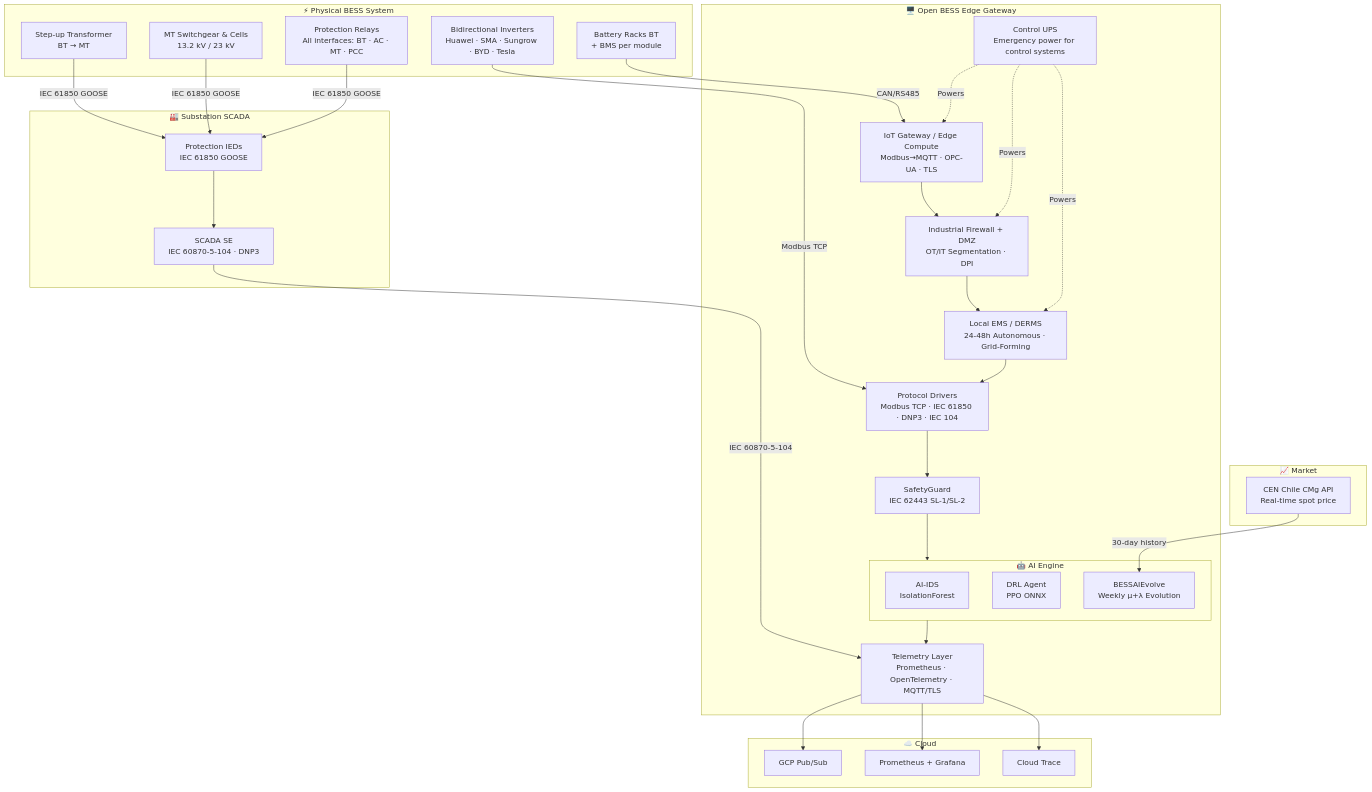
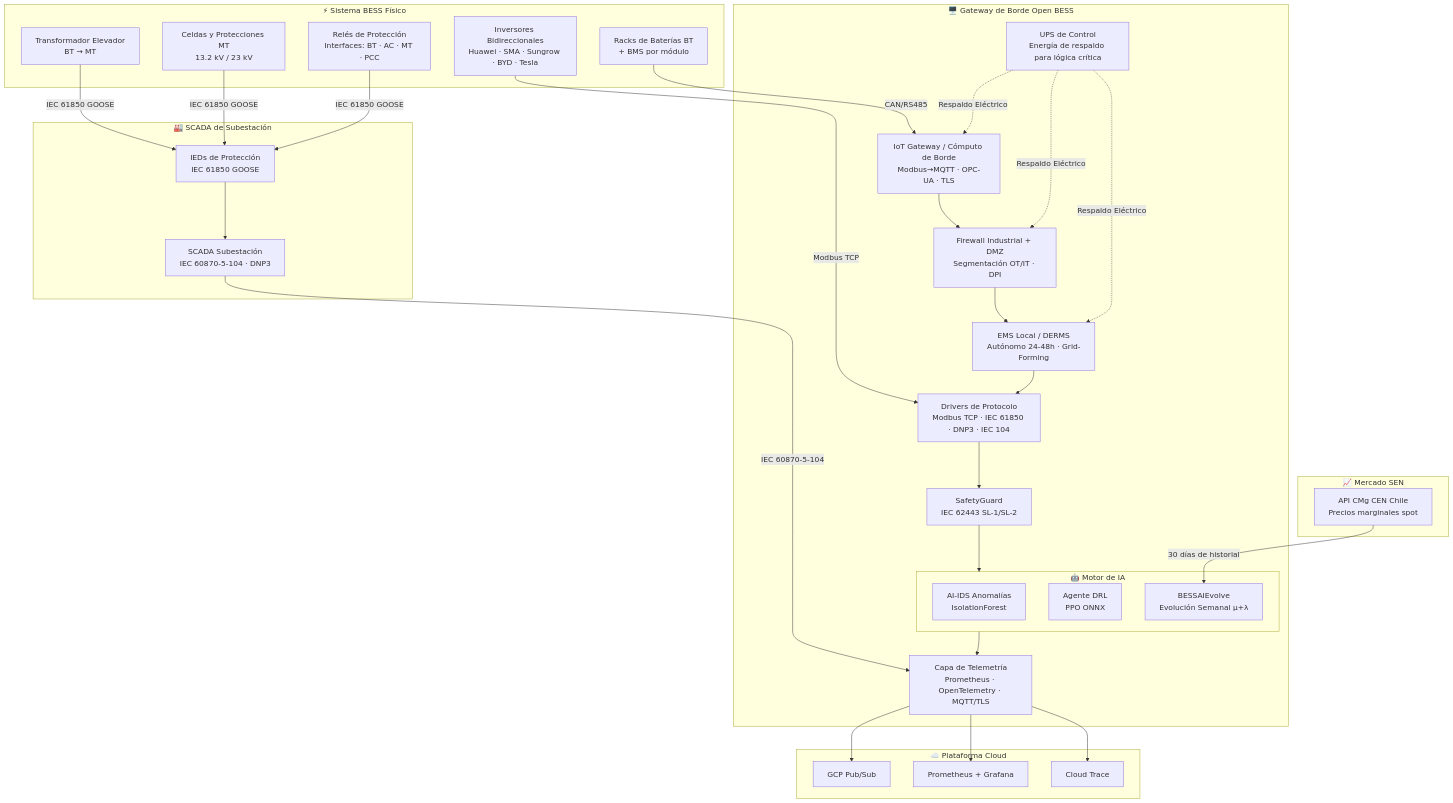
One commit to bess-solutions/open-bess-edge changed the first of 3 diagrams in README.md. Above: the diagram before and after it, drawn with Mermaid. The commit also changed other lines of this file and 38 other files, not shown here.

````diff
--- a/README.md
+++ b/README.md
@@ -48,57 +42,57 @@
 ```mermaid
 graph TB
-    subgraph HW["⚡ Physical BESS System"]
-        BAT[Battery Racks BT<br/>+ BMS per module]
-        INV[Bidirectional Inverters<br/>Huawei · SMA · Sungrow · BYD · Tesla]
-        TRF[Step-up Transformer<br/>BT → MT]
-        MT[MT Switchgear & Cells<br/>13.2 kV / 23 kV]
-        PROT[Protection Relays<br/>All interfaces: BT · AC · MT · PCC]
+    subgraph HW["⚡ Sistema BESS Físico"]
+        BAT[Racks de Baterías BT<br/>+ BMS por módulo]
+        INV[Inversores Bidireccionales<br/>Huawei · SMA · Sungrow · BYD · Tesla]
+        TRF[Transformador Elevador<br/>BT → MT]
+        MT[Celdas y Protecciones MT<br/>13.2 kV / 23 kV]
+        PROT[Relés de Protección<br/>Interfaces: BT · AC · MT · PCC]
     end
 
-    subgraph Edge["🖥️ Open BESS Edge Gateway"]
-        GW[IoT Gateway / Edge Compute<br/>Modbus→MQTT · OPC-UA · TLS]
-        FW[Industrial Firewall + DMZ<br/>OT/IT Segmentation · DPI]
-        EMS[Local EMS / DERMS<br/>24-48h Autonomous · Grid-Forming]
-        UPS[Control UPS<br/>Emergency power for control systems]
-        DRV[Protocol Drivers<br/>Modbus TCP · IEC 61850 · DNP3 · IEC 104]
+    subgraph Edge["🖥️ Gateway de Borde Open BESS"]
+        GW[IoT Gateway / Cómputo de Borde<br/>Modbus→MQTT · OPC-UA · TLS]
+        FW[Firewall Industrial + DMZ<br/>Segmentación OT/IT · DPI]
+        EMS[EMS Local / DERMS<br/>Autónomo 24-48h · Grid-Forming]
+        UPS[UPS de Control<br/>Energía de respaldo para lógica crítica]
+        DRV[Drivers de Protocolo<br/>Modbus TCP · IEC 61850 · DNP3 · IEC 104]
         SG[SafetyGuard<br/>IEC 62443 SL-1/SL-2]
-        subgraph AI["🤖 AI Engine"]
-            IDS[AI-IDS<br/>IsolationForest]
-            DRL[DRL Agent<br/>PPO ONNX]
-            EVO[BESSAIEvolve<br/>Weekly μ+λ Evolution]
+        subgraph AI["🤖 Motor de IA"]
+            IDS[AI-IDS Anomalías<br/>IsolationForest]
+            DRL[Agente DRL<br/>PPO ONNX]
+            EVO[BESSAIEvolve<br/>Evolución Semanal μ+λ]
         end
-        TEL[Telemetry Layer<br/>Prometheus · OpenTelemetry · MQTT/TLS]
+        TEL[Capa de Telemetría<br/>Prometheus · OpenTelemetry · MQTT/TLS]
     end
 
-    subgraph SE["🏭 Substation SCADA"]
-        SCADA_SE[SCADA SE<br/>IEC 60870-5-104 · DNP3]
-        IED[Protection IEDs<br/>IEC 61850 GOOSE]
+    subgraph SE["🏭 SCADA de Subestación"]
+        SCADA_SE[SCADA Subestación<br/>IEC 60870-5-104 · DNP3]
+        IED[IEDs de Protección<br/>IEC 61850 GOOSE]
     end
 
-    subgraph Cloud["☁️ Cloud"]
+    subgraph Cloud["☁️ Plataforma Cloud"]
         GCP[GCP Pub/Sub]
         PROM[Prometheus + Grafana]
         OT[Cloud Trace]
     end
 
-    subgraph Market["📈 Market"]
-        CMG[CEN Chile CMg API<br/>Real-time spot price]
+    subgraph Market["📈 Mercado SEN"]
+        CMG[API CMg CEN Chile<br/>Precios marginales spot]
     end
 
     BAT -->|CAN/RS485| GW
     INV -->|Modbus TCP| DRV
     TRF & MT & PROT -->|IEC 61850 GOOSE| IED
     IED --> SCADA_SE
     GW --> FW
     FW --> EMS
     EMS --> DRV
     DRV --> SG
     SG --> AI
-    CMG -->|30-day history| EVO
+    CMG -->|30 días de historial| EVO
     AI --> TEL
     SCADA_SE -->|IEC 60870-5-104| TEL
     TEL --> GCP
     TEL --> PROM
     TEL --> OT
-    UPS -.->|Powers| GW & FW & EMS
+    UPS -.->|Respaldo Eléctrico| GW & FW & EMS
 ```
````
